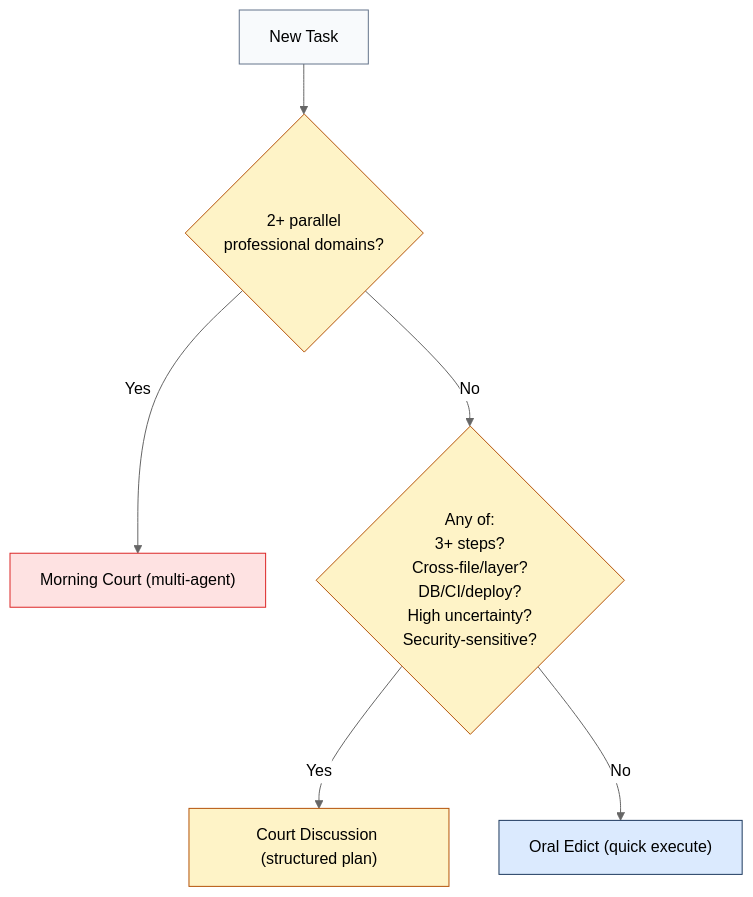
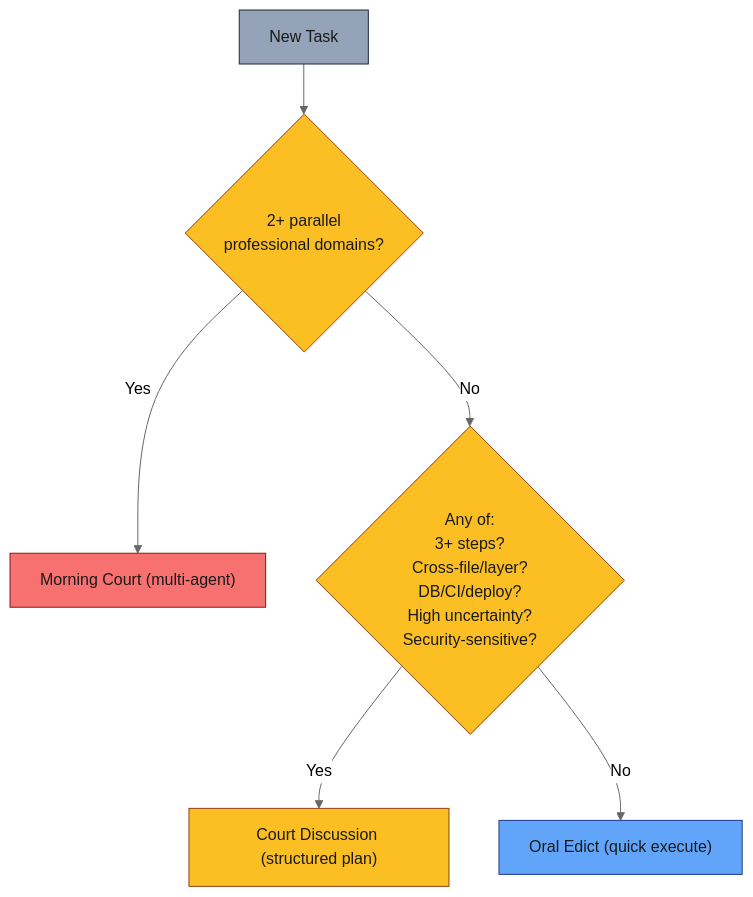
One commit to shiqkuangsan/oh-my-daily-skills changed the fifth of 6 diagrams in docs/ming-court-code/guide.md. Above: the diagram before and after it, drawn with Mermaid (neutral theme). The commit also changed other lines of this file and 1 other file, not shown here.

First line of the commit message:
style(ming-court-code): boost Mermaid diagram colors for GitHub dark mode

````diff
--- a/docs/ming-court-code/guide.md
+++ b/docs/ming-court-code/guide.md
@@ -313,15 +313,15 @@
 ```mermaid
 graph TD
     Start["New Task"] --> Q1{"2+ parallel<br/>professional domains?"}
     Q1 -->|Yes| MC["Morning Court (multi-agent)"]
     Q1 -->|No| Q2{"Any of:<br/>3+ steps?<br/>Cross-file/layer?<br/>DB/CI/deploy?<br/>High uncertainty?<br/>Security-sensitive?"}
     Q2 -->|Yes| CD["Court Discussion (structured plan)"]
     Q2 -->|No| OE["Oral Edict (quick execute)"]
 
-    style Start fill:#f8fafc,stroke:#64748b
-    style Q1 fill:#fef3c7,stroke:#b45309
-    style Q2 fill:#fef3c7,stroke:#b45309
-    style MC fill:#fee2e2,stroke:#dc2626
-    style CD fill:#fef3c7,stroke:#b45309
-    style OE fill:#dbeafe,stroke:#1e3a5f
+    style Start fill:#94a3b8,stroke:#1e293b,color:#1a1a1a
+    style Q1 fill:#fbbf24,stroke:#92400e,color:#1a1a1a
+    style Q2 fill:#fbbf24,stroke:#92400e,color:#1a1a1a
+    style MC fill:#f87171,stroke:#7f1d1d,color:#1a1a1a
+    style CD fill:#fbbf24,stroke:#92400e,color:#1a1a1a
+    style OE fill:#60a5fa,stroke:#1e3a8a,color:#1a1a1a
 ```
````
